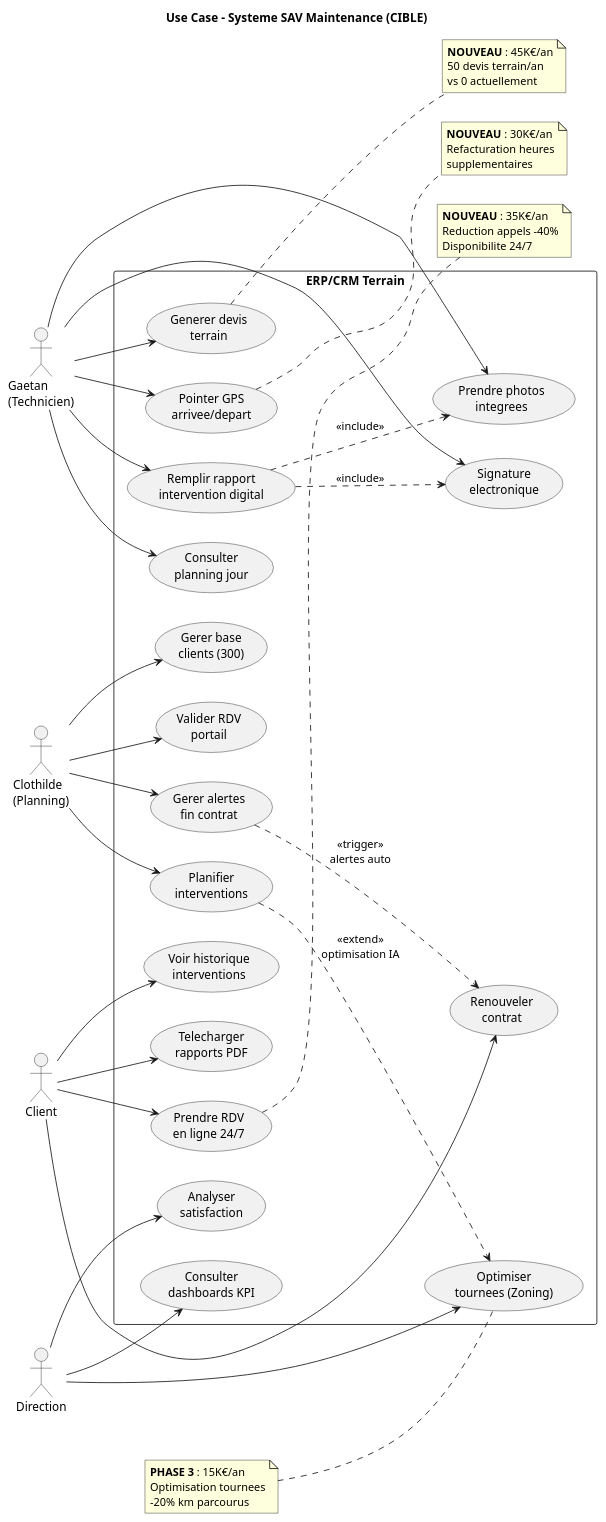
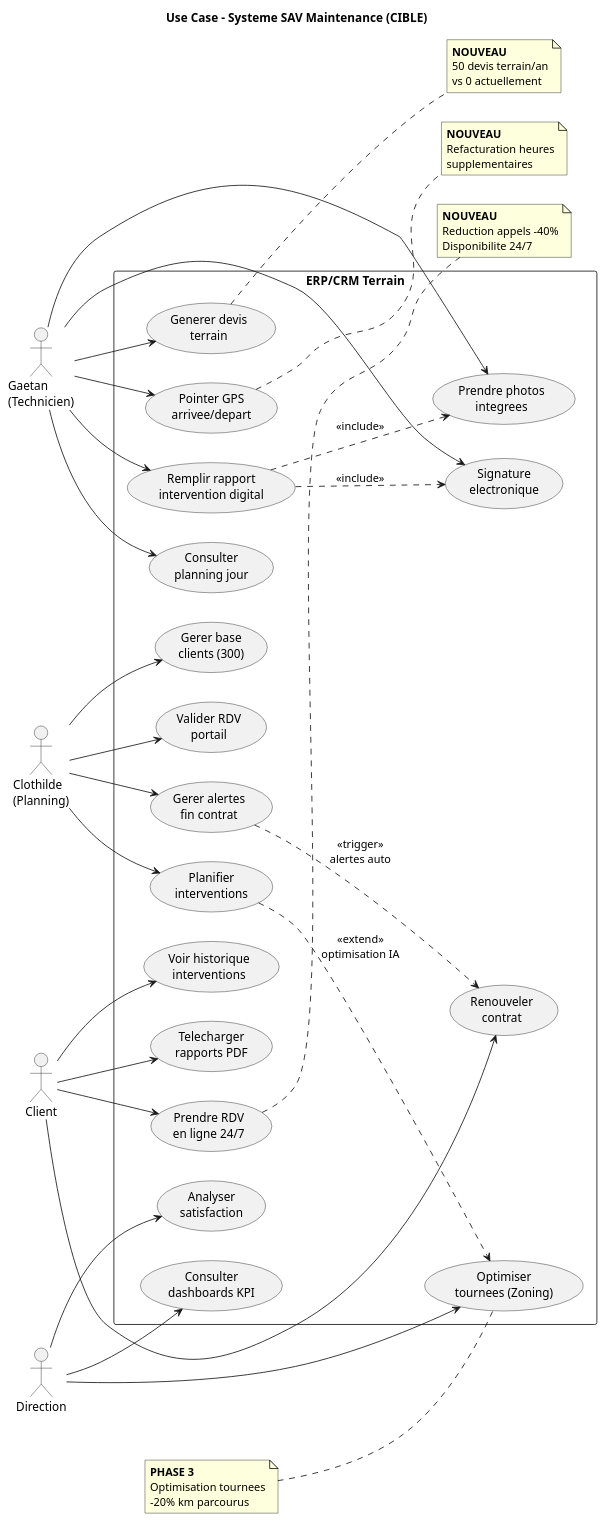
One commit to JordanSerafini/Audit_Duret changed the diagram in Services/Maintenance-Technique/uml/puml/03_usecase_acteurs.puml. Above: the diagram before and after it, drawn with PlantUML. The commit also changed 7 other files, not shown here.

```diff
--- a/Services/Maintenance-Technique/uml/puml/03_usecase_acteurs.puml
+++ b/Services/Maintenance-Technique/uml/puml/03_usecase_acteurs.puml
@@ -1,87 +1,87 @@
 @startuml UseCase_Acteurs
 
 title Use Case - Systeme SAV Maintenance (CIBLE)
 
 left to right direction
 
 actor "Gaetan\n(Technicien)" as Tech
 actor "Clothilde\n(Planning)" as Clo
 actor "Client" as Client
 actor "Direction" as Dir
 
 rectangle "ERP/CRM Terrain" {
   usecase "Consulter\nplanning jour" as UC1
   usecase "Remplir rapport\nintervention digital" as UC2
   usecase "Generer devis\nterrain" as UC3
   usecase "Pointer GPS\narrivee/depart" as UC4
   usecase "Prendre photos\nintegrees" as UC5
   usecase "Signature\nelectronique" as UC6
 
   usecase "Planifier\ninterventions" as UC7
   usecase "Gerer base\nclients (300)" as UC8
   usecase "Valider RDV\nportail" as UC9
   usecase "Gerer alertes\nfin contrat" as UC10
 
   usecase "Prendre RDV\nen ligne 24/7" as UC11
   usecase "Voir historique\ninterventions" as UC12
   usecase "Telecharger\nrapports PDF" as UC13
   usecase "Renouveler\ncontrat" as UC14
 
   usecase "Consulter\ndashboards KPI" as UC15
   usecase "Analyser\nsatisfaction" as UC16
   usecase "Optimiser\ntournees (Zoning)" as UC17
 }
 
 Tech --> UC1
 Tech --> UC2
 Tech --> UC3
 Tech --> UC4
 Tech --> UC5
 Tech --> UC6
 
 Clo --> UC7
 Clo --> UC8
 Clo --> UC9
 Clo --> UC10
 
 Client --> UC11
 Client --> UC12
 Client --> UC13
 Client --> UC14
 
 Dir --> UC15
 Dir --> UC16
 Dir --> UC17
 
 UC2 ..> UC5 : <<include>>
 UC2 ..> UC6 : <<include>>
 
 UC7 ..> UC17 : <<extend>>\noptimisation IA
 
 UC10 ..> UC14 : <<trigger>>\nalertes auto
 
 note right of UC3
-  **NOUVEAU** : 45K€/an
+  **NOUVEAU**
   50 devis terrain/an
   vs 0 actuellement
 end note
 
 note right of UC4
-  **NOUVEAU** : 30K€/an
+  **NOUVEAU**
   Refacturation heures
   supplementaires
 end note
 
 note right of UC11
-  **NOUVEAU** : 35K€/an
+  **NOUVEAU**
   Reduction appels -40%
   Disponibilite 24/7
 end note
 
 note left of UC17
-  **PHASE 3** : 15K€/an
+  **PHASE 3**
   Optimisation tournees
   -20% km parcourus
 end note
 
 @enduml
```
